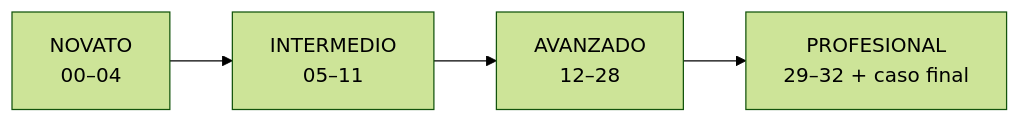
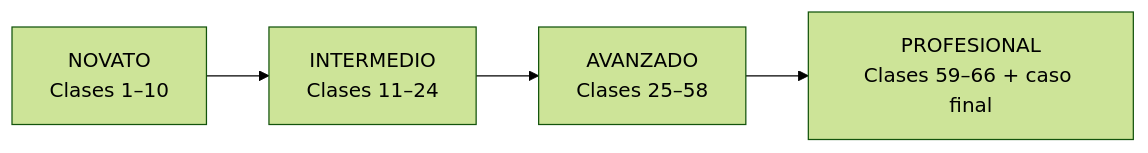
One commit to vladimiracunadev-create/blockchain-learning-path changed the first of 2 diagrams in curriculum/README.md. Above: the diagram before and after it, drawn with Mermaid (forest theme). The commit also changed other lines of this file and 145 other files, not shown here.

````diff
--- a/curriculum/README.md
+++ b/curriculum/README.md
@@ -12,6 +12,6 @@
 ```mermaid
 flowchart LR
-  N[NOVATO\n00–04] --> I[INTERMEDIO\n05–11]
-  I --> A[AVANZADO\n12–28]
-  A --> P[PROFESIONAL\n29–32 + caso final]
+  N["NOVATO<br/>Clases 1–10"] --> I["INTERMEDIO<br/>Clases 11–24"]
+  I --> A["AVANZADO<br/>Clases 25–58"]
+  A --> P["PROFESIONAL<br/>Clases 59–66 + caso final"]
 ```
````
